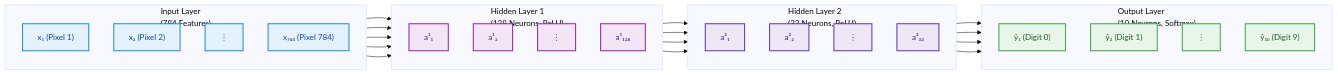
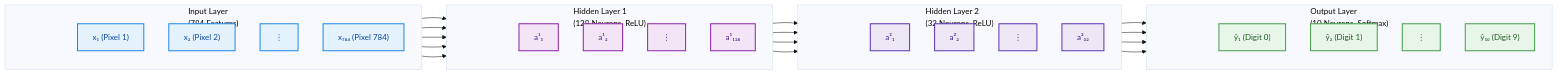
Before and after one commit to PalSoham/neural-network: the diagram in README.md, drawn with Mermaid (base theme).

Commit message:
Fix README: add invisible spacer nodes to push layer elements down and prevent title overlap

````diff
--- a/README.md
+++ b/README.md
@@ -56,62 +56,68 @@
 ```mermaid
 graph LR
     subgraph Input_Layer ["Input Layer<br>(784 Features)"]
         direction TB
+        Space1[" "]:::spacer
         X1["x₁ (Pixel 1)"]
         X2["x₂ (Pixel 2)"]
         XD["⋮"]
         Xn["x₇₈₄ (Pixel 784)"]
     end
 
     subgraph Hidden_1 ["Hidden Layer 1<br>(128 Neurons, ReLU)"]
         direction TB
+        Space2[" "]:::spacer
         H1_1["a¹₁"]
         H1_2["a¹₂"]
         H1_D["⋮"]
         H1_m["a¹₁₂₈"]
     end
 
     subgraph Hidden_2 ["Hidden Layer 2<br>(32 Neurons, ReLU)"]
         direction TB
+        Space3[" "]:::spacer
         H2_1["a²₁"]
         H2_2["a²₂"]
         H2_D["⋮"]
         H2_p["a²₃₂"]
     end
 
     subgraph Output_Layer ["Output Layer<br>(10 Neurons, Softmax)"]
         direction TB
+        Space4[" "]:::spacer
         Y1["ŷ₁ (Digit 0)"]
         Y2["ŷ₂ (Digit 1)"]
         YD["⋮"]
         Yk["ŷ₁₀ (Digit 9)"]
     end
 
     %% Connections
     X1 --> H1_1
     X1 --> H1_2
     X2 --> H1_1
     X2 --> H1_2
     Xn --> H1_m
 
     H1_1 --> H2_1
     H1_1 --> H2_2
     H1_2 --> H2_1
     H1_m --> H2_p
 
     H2_1 --> Y1
     H2_1 --> Y2
     H2_2 --> Y1
     H2_p --> Yk
 
     %% Custom styling for a premium visual identity
     classDef input fill:#E3F2FD,stroke:#1E88E5,stroke-width:2px,color:#0D47A1;
     classDef hidden1 fill:#F3E5F5,stroke:#8E24AA,stroke-width:2px,color:#4A148C;
     classDef hidden2 fill:#EDE7F6,stroke:#5E35B1,stroke-width:2px,color:#311B92;
     classDef output fill:#E8F5E9,stroke:#43A047,stroke-width:2px,color:#1B5E20;
+    classDef spacer fill:none,stroke:none,color:#00000000;
 
     class X1,X2,XD,Xn input;
     class H1_1,H1_2,H1_D,H1_m hidden1;
     class H2_1,H2_2,H2_D,H2_p hidden2;
     class Y1,Y2,YD,Yk output;
+    class Space1,Space2,Space3,Space4 spacer;
 ```
````
